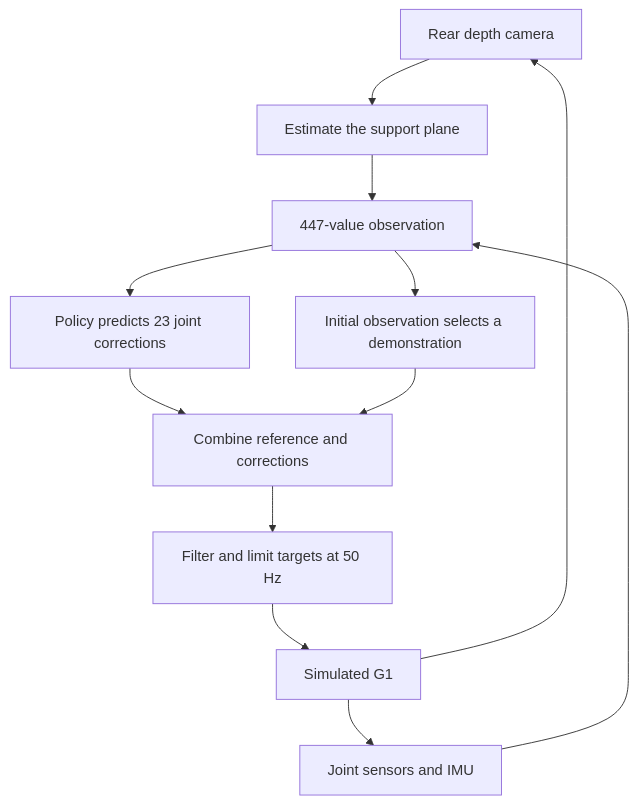
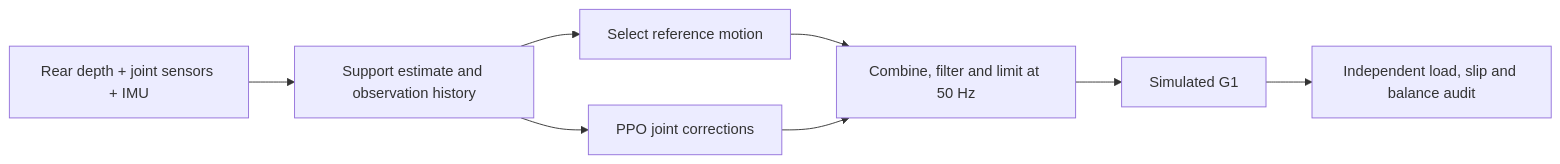
Before and after one commit to kadiru/humanoid-sitting-control: the diagram in README.md, drawn with Mermaid. The commit also changed other lines of this file and 1 other file, not shown here.

Commit message:
Make the sitting research and reference-versus-PPO results clear

````diff
--- a/README.md
+++ b/README.md
@@ -13,14 +30,10 @@
 ```mermaid
-flowchart TD
-    D["Rear depth camera"] --> G["Estimate the support plane"]
-    G --> O["447-value observation"]
-    J["Joint sensors and IMU"] --> O
-    O --> A["Policy predicts 23 joint corrections"]
-    O --> M["Initial observation selects a demonstration"]
-    A --> C["Combine reference and corrections"]
-    M --> C
-    C --> T["Filter and limit targets at 50 Hz"]
-    T --> R["Simulated G1"]
-    R --> J
-    R --> D
+flowchart LR
+    D["Rear depth + joint sensors + IMU"] --> O["Support estimate and observation history"]
+    O --> M["Select reference motion"]
+    O --> P["PPO joint corrections"]
+    M --> C["Combine, filter and limit at 50 Hz"]
+    P --> C
+    C --> G["Simulated G1"]
+    G --> A["Independent load, slip and balance audit"]
 ```
````
